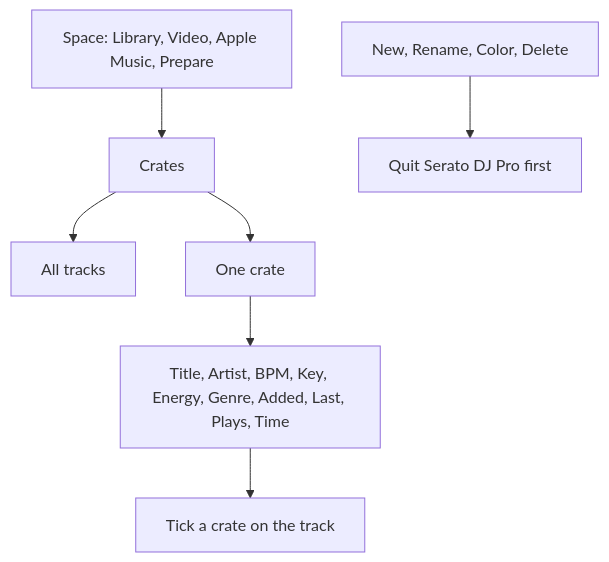
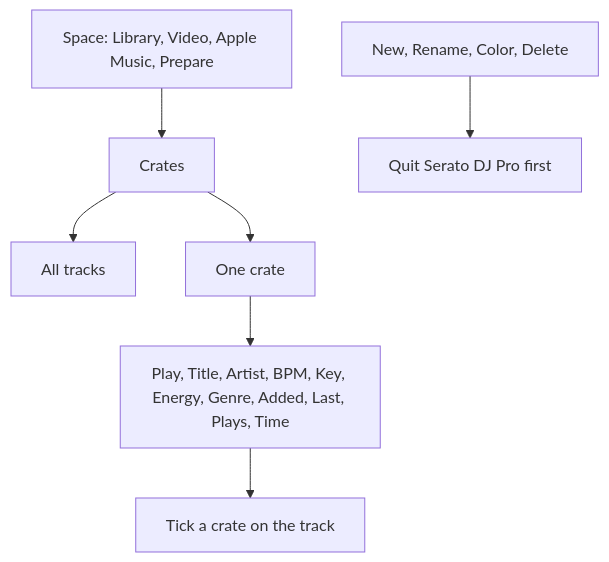
Before and after one commit to mookiejones/crateCraft: the diagram in docs/wiki/Crates.md, drawn with Mermaid. The commit also changed other lines of this file and 33 other files, not shown here.

````diff
--- a/docs/wiki/Crates.md
+++ b/docs/wiki/Crates.md
@@ -8,9 +8,9 @@
 ```mermaid
 flowchart TD
   space["Space: Library, Video, Apple Music, Prepare"] --> crates["Crates"]
   crates --> all["All tracks"]
   crates --> one["One crate"]
-  one --> tracks["Title, Artist, BPM, Key, Energy, Genre, Added, Last, Plays, Time"]
+  one --> tracks["Play, Title, Artist, BPM, Key, Energy, Genre, Added, Last, Plays, Time"]
   tracks --> tick["Tick a crate on the track"]
   tools["New, Rename, Color, Delete"] --> quit["Quit Serato DJ Pro first"]
 ```
````
